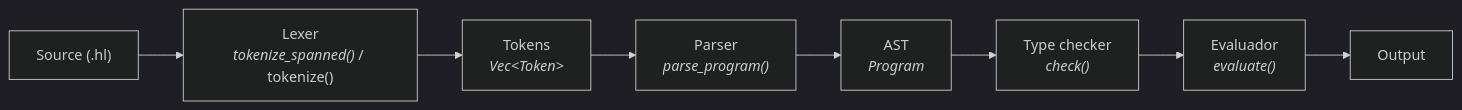
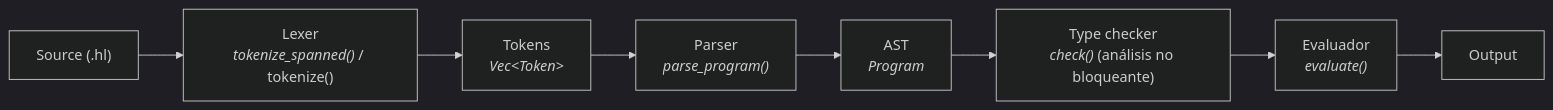
One commit to aratan/hacklang changed the first of 2 diagrams in README.md. Above: the diagram before and after it, drawn with Mermaid (dark theme). The commit also changed other lines of this file and 12 other files, not shown here.

````diff
--- a/README.md
+++ b/README.md
@@ -7,10 +7,10 @@
 ```mermaid
 flowchart LR
     A["Source (.hl)"] --> B["Lexer<br/><i>tokenize_spanned()</i> / tokenize()"]
     B --> C["Tokens<br/><i>Vec&lt;Token&gt;</i>"]
     C --> D["Parser<br/><i>parse_program()</i>"]
     D --> E["AST<br/><i>Program</i>"]
-    E --> H["Type checker<br/><i>check()</i>"]
+    E --> H["Type checker<br/><i>check()</i> (análisis no bloqueante)"]
     H --> F["Evaluador<br/><i>evaluate()</i>"]
     F --> G["Output"]
 ```
````
